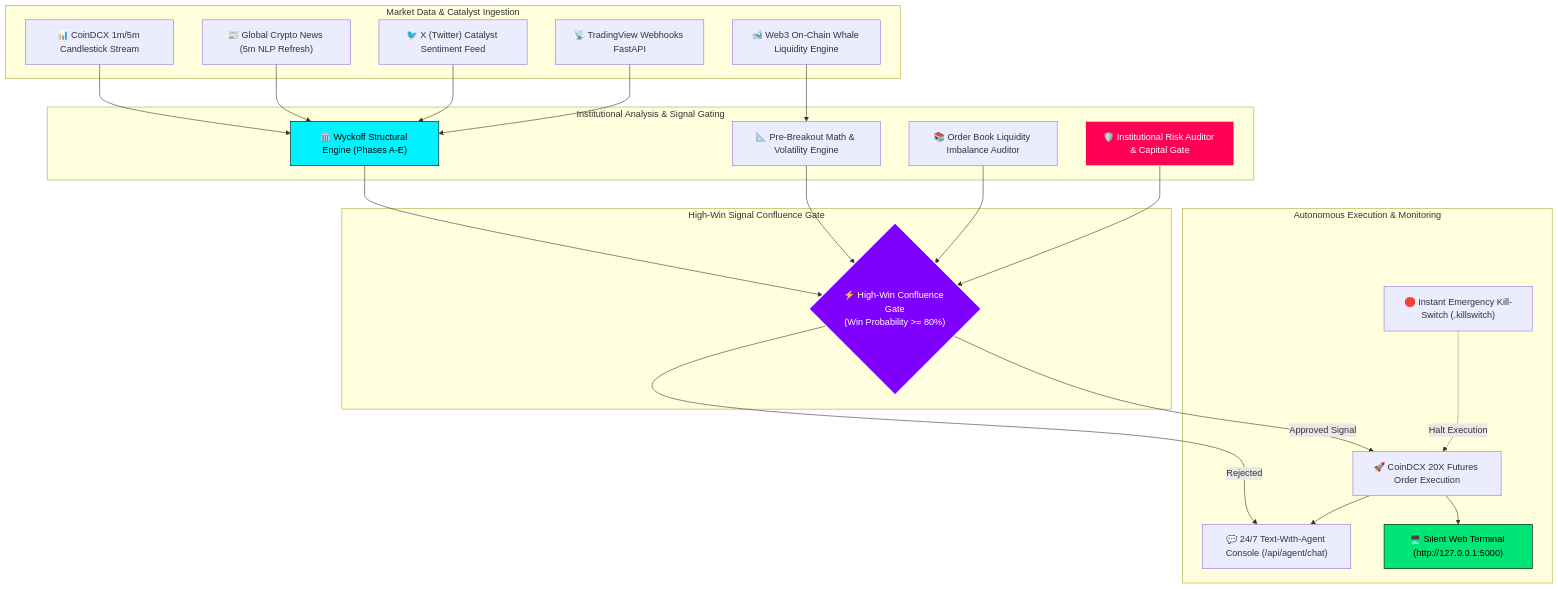
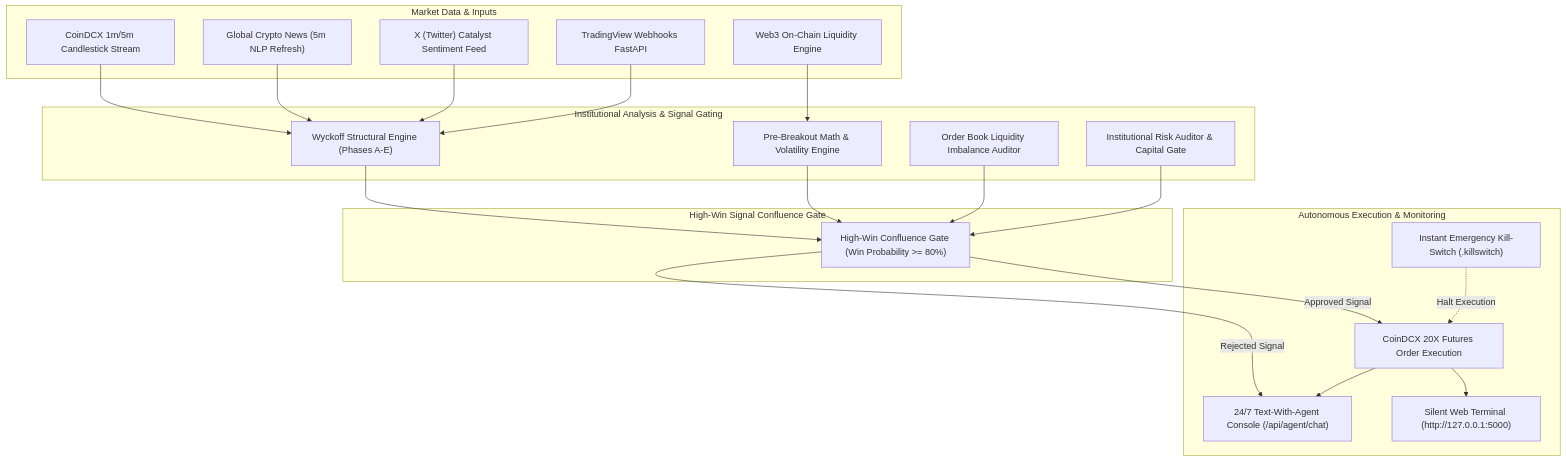
The diagram in README.md (rammaruboina-rgb/people-trade-ai), drawn with Mermaid before and after one commit.

Commit message:
fix: resolve Mermaid diagram syntax for GitHub rendering compatibility

````diff
--- a/README.md
+++ b/README.md
@@ -54,51 +54,46 @@
 ```mermaid
-flowchart TB
-    subgraph Market Data & Catalyst Ingestion
-        CDCX_MD["📊 CoinDCX 1m/5m Candlestick Stream"]
-        W3_WHALE["🐋 Web3 On-Chain Whale Liquidity Engine"]
-        NEWS_NLP["📰 Global Crypto News (5m NLP Refresh)"]
-        X_CATALYST["🐦 X (Twitter) Catalyst Sentiment Feed"]
-        TV_WEBHOOK["📡 TradingView Webhooks FastAPI"]
+flowchart TD
+    subgraph Market_Inputs["Market Data & Inputs"]
+        CDCX_MD["CoinDCX 1m/5m Candlestick Stream"]
+        W3_WHALE["Web3 On-Chain Liquidity Engine"]
+        NEWS_NLP["Global Crypto News (5m NLP Refresh)"]
+        X_CATALYST["X (Twitter) Catalyst Sentiment Feed"]
+        TV_WEBHOOK["TradingView Webhooks FastAPI"]
     end
 
-    subgraph Institutional Analysis & Signal Gating
-        WYCKOFF["🏛️ Wyckoff Structural Engine (Phases A-E)"]
-        MATH_ENG["📐 Pre-Breakout Math & Volatility Engine"]
-        ORDERBOOK["📚 Order Book Liquidity Imbalance Auditor"]
-        RISK_AUDIT["🛡️ Institutional Risk Auditor & Capital Gate"]
+    subgraph Core_Engines["Institutional Analysis & Signal Gating"]
+        WYCKOFF["Wyckoff Structural Engine (Phases A-E)"]
+        MATH_ENG["Pre-Breakout Math & Volatility Engine"]
+        ORDERBOOK["Order Book Liquidity Imbalance Auditor"]
+        RISK_AUDIT["Institutional Risk Auditor & Capital Gate"]
     end
 
-    subgraph High-Win Signal Confluence Gate
-        GATE{"⚡ High-Win Confluence Gate\n(Win Probability >= 80%)"}
+    subgraph Signal_Gate["High-Win Signal Confluence Gate"]
+        GATE["High-Win Confluence Gate (Win Probability >= 80%)"]
     end
 
-    subgraph Autonomous Execution & Monitoring
-        CDCX_EXEC["🚀 CoinDCX 20X Futures Order Execution"]
-        REST_CHAT["💬 24/7 Text-With-Agent Console (/api/agent/chat)"]
-        WEB_DASH["🖥️ Silent Web Terminal (http://127.0.0.1:5000)"]
-        KILL_SWITCH["🛑 Instant Emergency Kill-Switch (.killswitch)"]
+    subgraph Execution["Autonomous Execution & Monitoring"]
+        CDCX_EXEC["CoinDCX 20X Futures Order Execution"]
+        REST_CHAT["24/7 Text-With-Agent Console (/api/agent/chat)"]
+        WEB_DASH["Silent Web Terminal (http://127.0.0.1:5000)"]
+        KILL_SWITCH["Instant Emergency Kill-Switch (.killswitch)"]
     end
 
     CDCX_MD --> WYCKOFF
     W3_WHALE --> MATH_ENG
     NEWS_NLP --> WYCKOFF
     X_CATALYST --> WYCKOFF
     TV_WEBHOOK --> WYCKOFF
 
     WYCKOFF --> GATE
     MATH_ENG --> GATE
     ORDERBOOK --> GATE
     RISK_AUDIT --> GATE
 
     GATE -->|Approved Signal| CDCX_EXEC
-    GATE -->|Rejected| REST_CHAT
+    GATE -->|Rejected Signal| REST_CHAT
 
     CDCX_EXEC --> WEB_DASH
     CDCX_EXEC --> REST_CHAT
     KILL_SWITCH -.->|Halt Execution| CDCX_EXEC
-
-    style GATE fill:#7f00ff,stroke:#fff,stroke-width:2px,color:#fff
-    style WYCKOFF fill:#00f2fe,stroke:#000,stroke-width:1px,color:#000
-    style RISK_AUDIT fill:#ff0055,stroke:#fff,stroke-width:1px,color:#fff
-    style WEB_DASH fill:#00e676,stroke:#000,stroke-width:1px,color:#000
 ```
````
